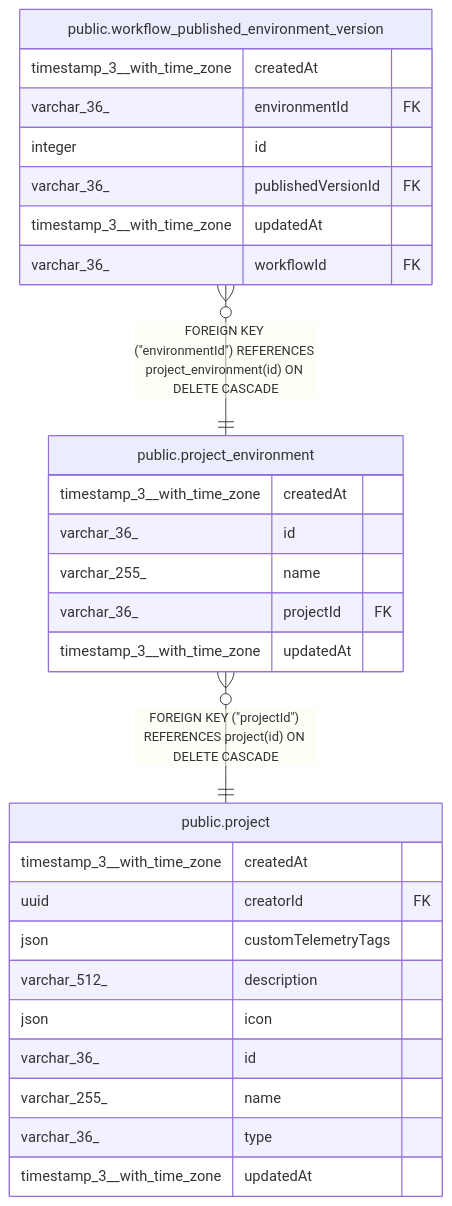
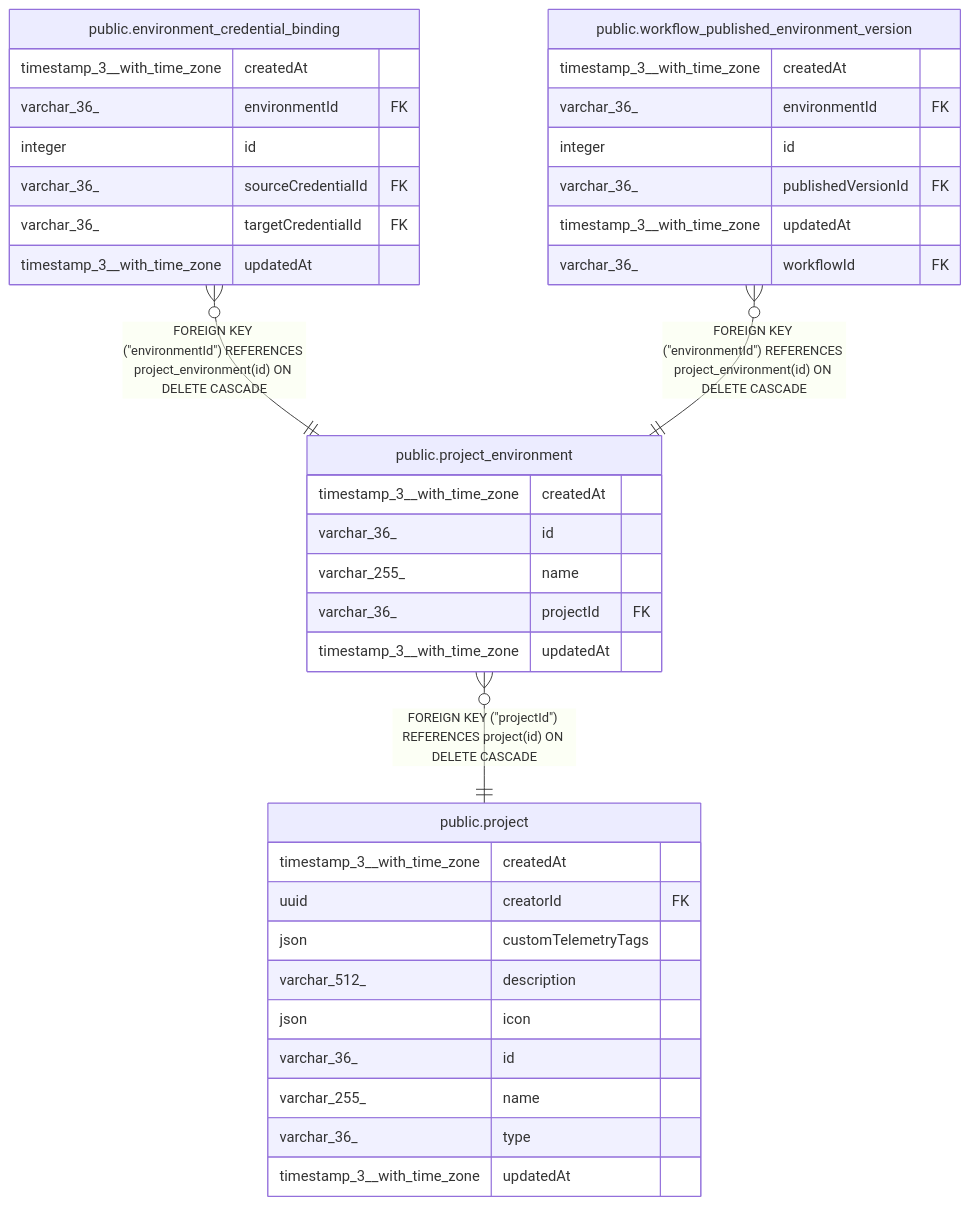
One commit to mayankjain1815-commits/n8n changed the diagram in docs/generated/postgres-schema/public.project_environment.md. Above: the diagram before and after it, drawn with Mermaid. The commit also changed other lines of this file and 32 other files, not shown here.

````diff
--- a/docs/generated/postgres-schema/public.project_environment.md
+++ b/docs/generated/postgres-schema/public.project_environment.md
@@ -34,33 +34,42 @@
 ```mermaid
 erDiagram
 
+"public.environment_credential_binding" }o--|| "public.project_environment" : "FOREIGN KEY (#quot;environmentId#quot;) REFERENCES project_environment(id) ON DELETE CASCADE"
 "public.workflow_published_environment_version" }o--|| "public.project_environment" : "FOREIGN KEY (#quot;environmentId#quot;) REFERENCES project_environment(id) ON DELETE CASCADE"
 "public.project_environment" }o--|| "public.project" : "FOREIGN KEY (#quot;projectId#quot;) REFERENCES project(id) ON DELETE CASCADE"
 
 "public.project_environment" {
   timestamp_3__with_time_zone createdAt
   varchar_36_ id
   varchar_255_ name
   varchar_36_ projectId FK
+  timestamp_3__with_time_zone updatedAt
+}
+"public.environment_credential_binding" {
+  timestamp_3__with_time_zone createdAt
+  varchar_36_ environmentId FK
+  integer id
+  varchar_36_ sourceCredentialId FK
+  varchar_36_ targetCredentialId FK
   timestamp_3__with_time_zone updatedAt
 }
 "public.workflow_published_environment_version" {
   timestamp_3__with_time_zone createdAt
   varchar_36_ environmentId FK
   integer id
   varchar_36_ publishedVersionId FK
   timestamp_3__with_time_zone updatedAt
   varchar_36_ workflowId FK
 }
 "public.project" {
   timestamp_3__with_time_zone createdAt
   uuid creatorId FK
   json customTelemetryTags
   varchar_512_ description
   json icon
   varchar_36_ id
   varchar_255_ name
   varchar_36_ type
   timestamp_3__with_time_zone updatedAt
 }
 ```
````
